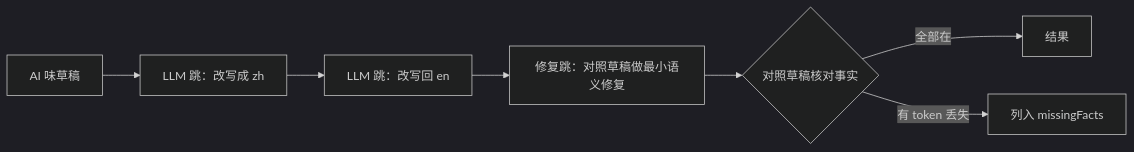
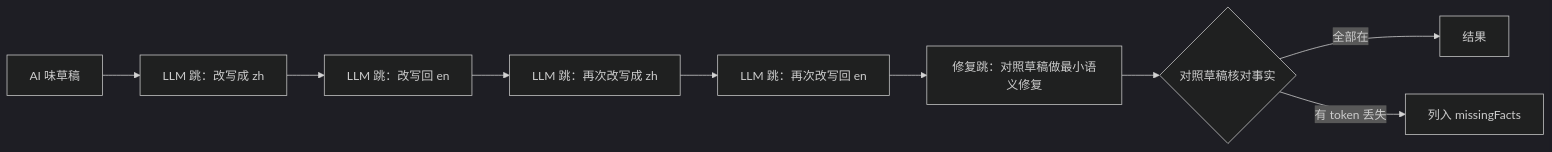
Before and after one commit to w21180239/not-a-bot: the diagram in README.zh-cn.md, drawn with Mermaid (dark theme). The commit also changed other lines of this file and 17 other files, not shown here.

````diff
--- a/README.zh-cn.md
+++ b/README.zh-cn.md
@@ -120,9 +126,11 @@
 ```mermaid
 flowchart LR
     A[AI 味草稿] --> B[LLM 跳：改写成 zh]
     B --> C[LLM 跳：改写回 en]
-    C --> D[修复跳：对照草稿做最小语义修复]
+    C --> C2[LLM 跳：再次改写成 zh]
+    C2 --> C3[LLM 跳：再次改写回 en]
+    C3 --> D[修复跳：对照草稿做最小语义修复]
     D --> E{对照草稿核对事实}
     E -->|全部在| F[结果]
     E -->|有 token 丢失| G[列入 missingFacts]
 ```
````
